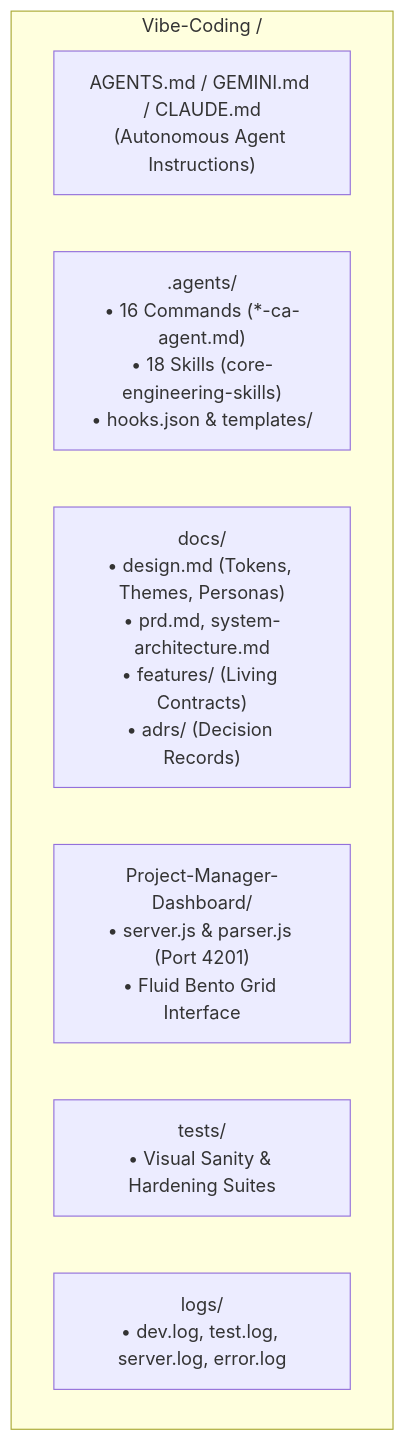
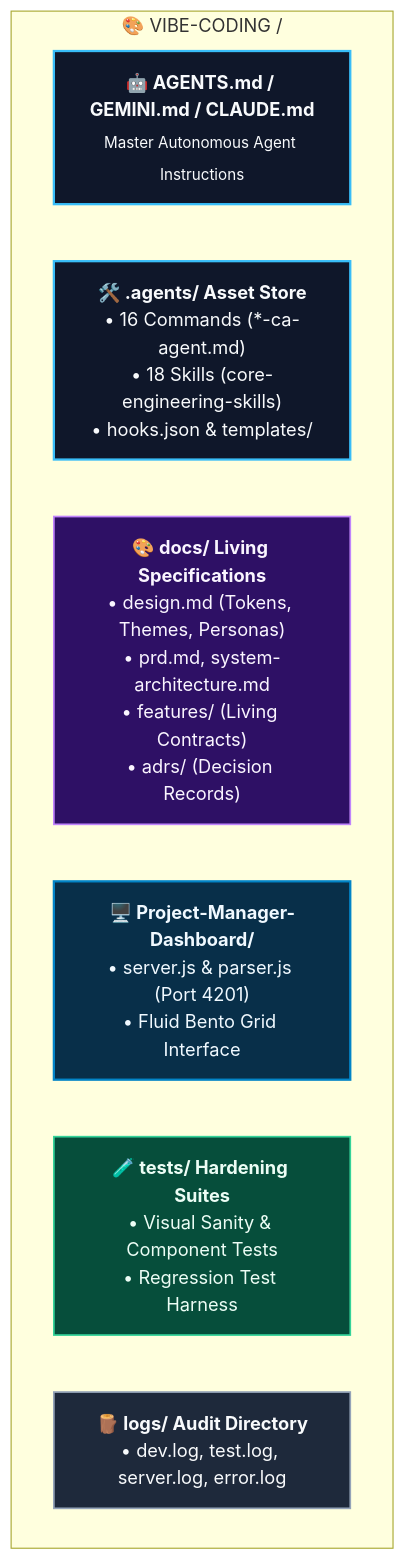
Before and after one commit to rmsofficialsyt/Agentic-AI-Vibe-Coding-AND-SDD-TDD-Codebase-Chandan-Adhikary: the third of 3 diagrams in Vibe-Coding-Chandan-Adhikary/Vibe-Coding/README.md, drawn with Mermaid. The commit also changed other lines of this file and 23 other files, not shown here.

Commit message:
docs: redesign diagrams to Eraser.io visual style and regenerate MANIFEST.json

````diff
--- a/Vibe-Coding-Chandan-Adhikary/Vibe-Coding/README.md
+++ b/Vibe-Coding-Chandan-Adhikary/Vibe-Coding/README.md
@@ -151,11 +161,17 @@
 ```mermaid
 flowchart TD
-    subgraph RepoRoot ["Vibe-Coding /"]
-        AGENTS["AGENTS.md / GEMINI.md / CLAUDE.md<br/>(Autonomous Agent Instructions)"]
-        AgentsDir[".agents/<br/>• 16 Commands (*-ca-agent.md)<br/>• 18 Skills (core-engineering-skills)<br/>• hooks.json & templates/"]
-        DocsDir["docs/<br/>• design.md (Tokens, Themes, Personas)<br/>• prd.md, system-architecture.md<br/>• features/ (Living Contracts)<br/>• adrs/ (Decision Records)"]
-        DashboardDir["Project-Manager-Dashboard/<br/>• server.js & parser.js (Port 4201)<br/>• Fluid Bento Grid Interface"]
-        TestsDir["tests/<br/>• Visual Sanity & Hardening Suites"]
-        LogsDir["logs/<br/>• dev.log, test.log, server.log, error.log"]
+    classDef agent fill:#0f172a,stroke:#38bdf8,stroke-width:2px,color:#f8fafc;
+    classDef doc fill:#2e1065,stroke:#c084fc,stroke-width:1.5px,color:#faf5ff;
+    classDef dash fill:#082f49,stroke:#0284c7,stroke-width:2px,color:#f0f9ff;
+    classDef test fill:#064e3b,stroke:#34d399,stroke-width:1.5px,color:#ecfdf5;
+    classDef log fill:#1e293b,stroke:#94a3b8,stroke-width:1.5px,color:#f8fafc;
+
+    subgraph RepoRoot ["🎨 VIBE-CODING /"]
+        AGENTS["<b>🤖 AGENTS.md / GEMINI.md / CLAUDE.md</b><br/><sub>Master Autonomous Agent Instructions</sub>"]:::agent
+        AgentsDir["<b>🛠️ .agents/ Asset Store</b><br/>• 16 Commands (*-ca-agent.md)<br/>• 18 Skills (core-engineering-skills)<br/>• hooks.json & templates/"]:::agent
+        DocsDir["<b>🎨 docs/ Living Specifications</b><br/>• design.md (Tokens, Themes, Personas)<br/>• prd.md, system-architecture.md<br/>• features/ (Living Contracts)<br/>• adrs/ (Decision Records)"]:::doc
+        DashboardDir["<b>🖥️ Project-Manager-Dashboard/</b><br/>• server.js & parser.js (Port 4201)<br/>• Fluid Bento Grid Interface"]:::dash
+        TestsDir["<b>🧪 tests/ Hardening Suites</b><br/>• Visual Sanity & Component Tests<br/>• Regression Test Harness"]:::test
+        LogsDir["<b>🪵 logs/ Audit Directory</b><br/>• dev.log, test.log, server.log, error.log"]:::log
     end
 ```
````
